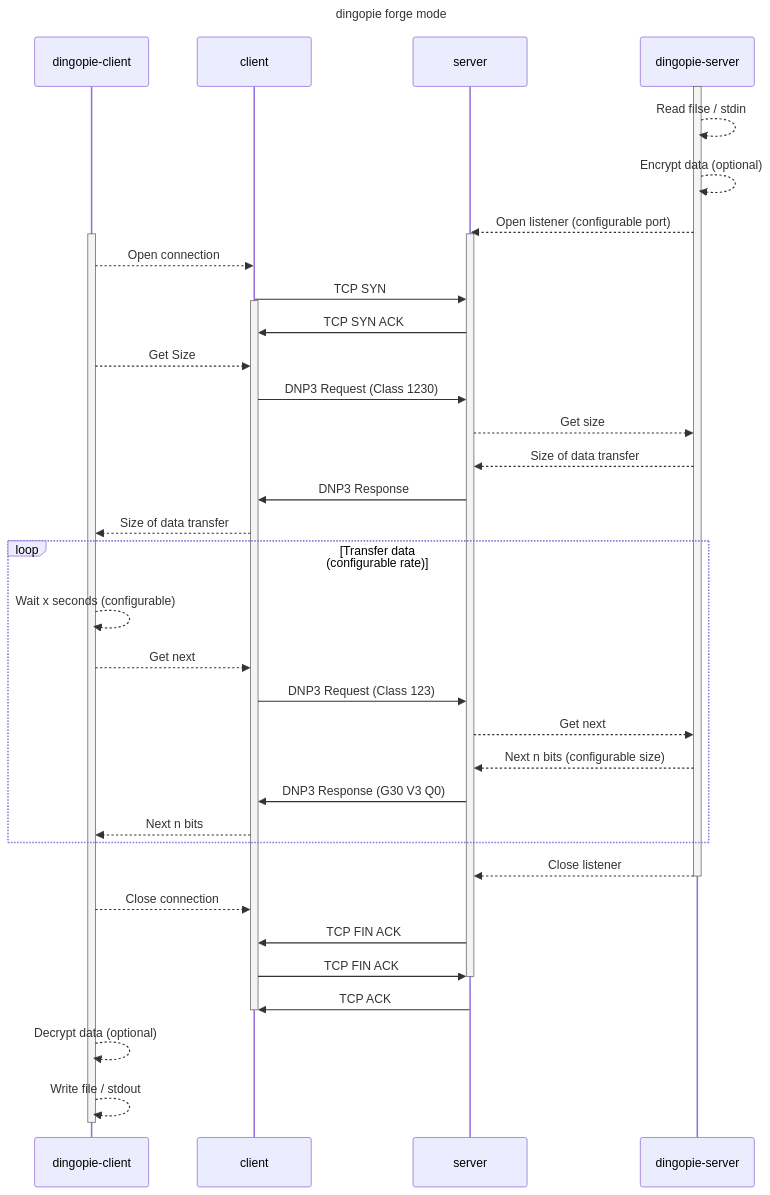
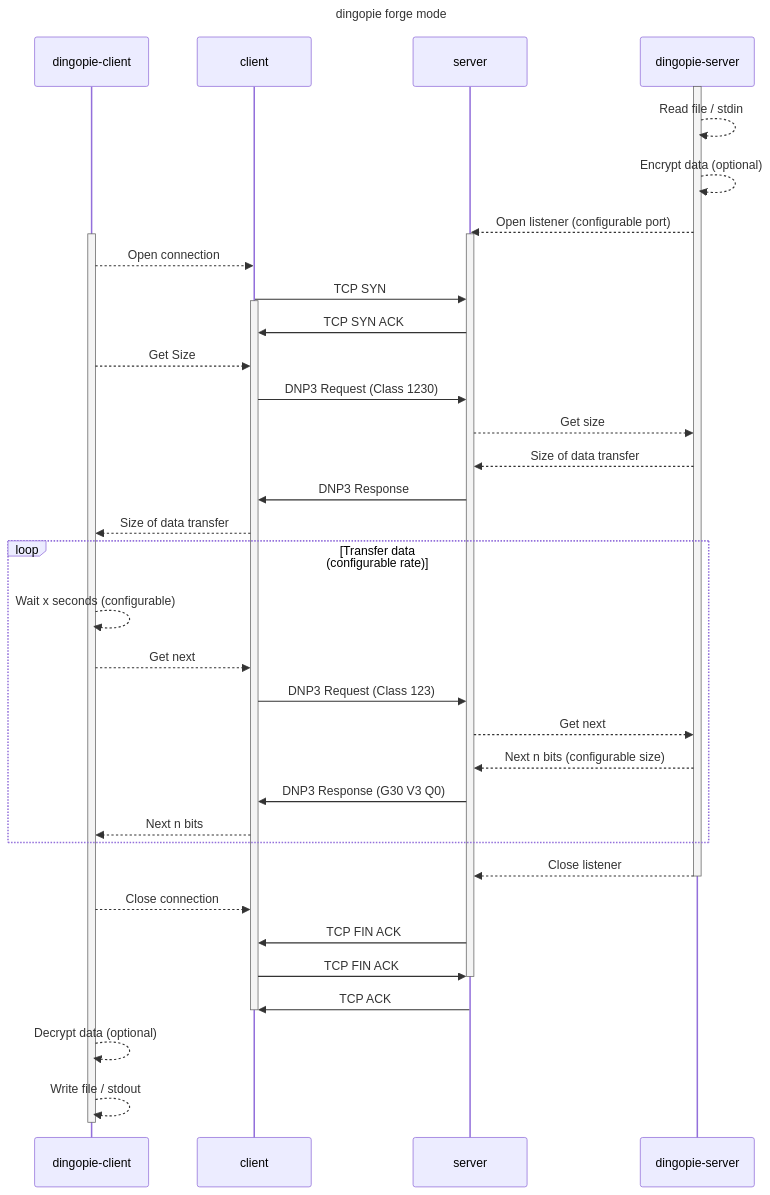
The diagram in README.md (nblair2/dingopie), drawn with Mermaid before and after one commit. The commit also changed 14 other files, not shown here.

````diff
--- a/README.md
+++ b/README.md
@@ -17,47 +17,47 @@
 ```mermaid
 ---
 title: dingopie forge mode
 ---
 sequenceDiagram
     participant dc as dingopie-client
     participant c as client
     participant s as server
     participant ds as dingopie-server
 
     activate ds
-    ds-->>ds: Read filse / stdin
+    ds-->>ds: Read file / stdin
     ds-->>ds: Encrypt data (optional)
     ds-->>s: Open listener (configurable port)
     activate s
     activate dc
     dc-->>c: Open connection
     c->>s: TCP SYN
     activate c
     s->>c: TCP SYN ACK
     dc-->>c:Get Size
     c->>s: DNP3 Request (Class 1230)
     s-->>ds: Get size
     ds-->>s: Size of data transfer
     s->>c: DNP3 Response
     c-->>dc: Size of data transfer
     loop Transfer data (configurable rate)
         dc-->>dc: Wait x seconds (configurable)
         dc-->>c: Get next
         c->>s: DNP3 Request (Class 123)
         s-->>ds: Get next
         ds-->>s: Next n bits (configurable size)
         s->>c: DNP3 Response (G30 V3 Q0)
         c-->>dc: Next n bits
     end
     ds-->>s: Close listener
     deactivate ds
     dc-->>c: Close connection
     s->>c: TCP FIN ACK
     c->>s: TCP FIN ACK
     deactivate s
     s->>c: TCP ACK
     deactivate c
     dc-->>dc: Decrypt data (optional)
     dc-->>dc: Write file / stdout
     deactivate dc
 ```
````
